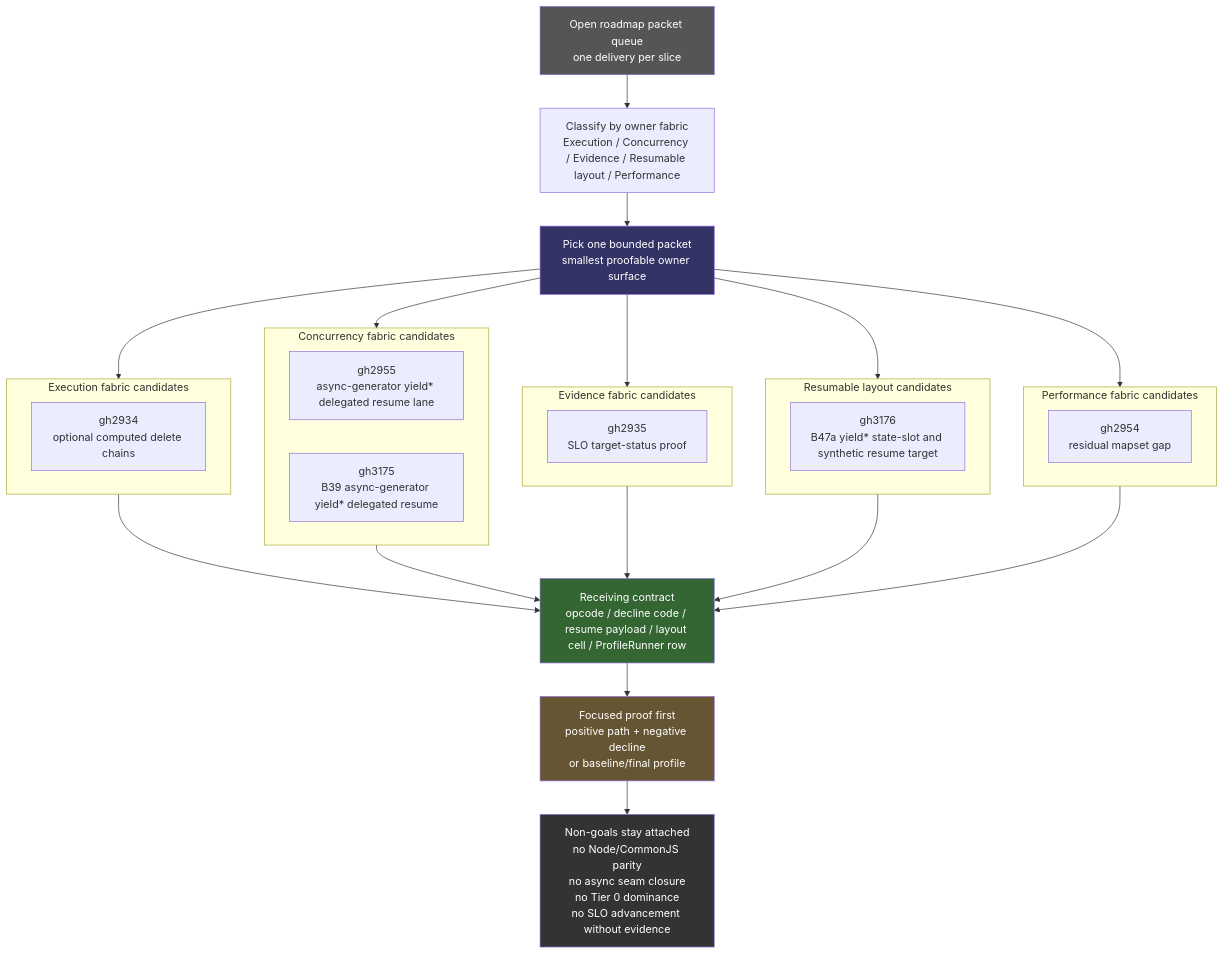
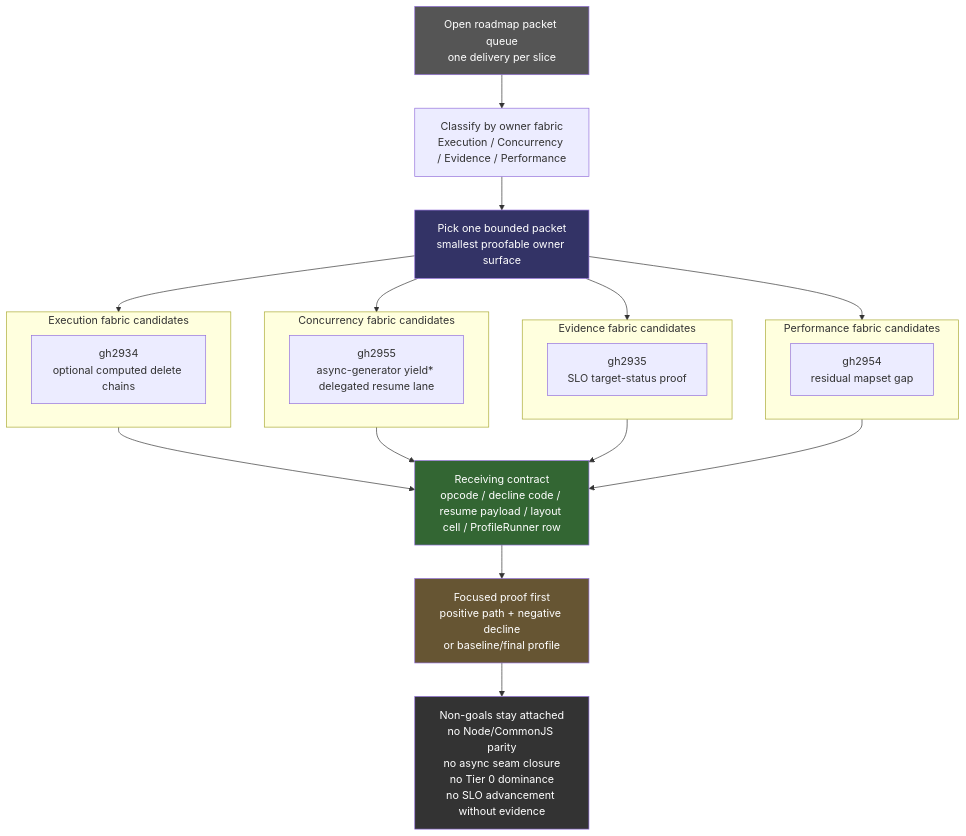
Before and after one commit to asynkron/Asynkron.JsEngine: diagram 35 of 37 in docs/dreaming.md, drawn with Mermaid. The commit also changed other lines of this file, not shown here.

````diff
--- a/docs/dreaming.md
+++ b/docs/dreaming.md
@@ -1343,50 +1343,43 @@
 ```mermaid
 flowchart TD
     QUEUE["Open roadmap packet queue\none delivery per slice"]
-    CLASSIFY["Classify by owner fabric\nExecution / Concurrency / Evidence / Resumable layout / Performance"]
+    CLASSIFY["Classify by owner fabric\nExecution / Concurrency / Evidence / Performance"]
     PICK["Pick one bounded packet\nsmallest proofable owner surface"]
 
     subgraph Execution["Execution fabric candidates"]
         G2934["gh2934\noptional computed delete chains"]
     end
 
     subgraph Concurrency["Concurrency fabric candidates"]
         G2955["gh2955\nasync-generator yield* delegated resume lane"]
-        G3175["gh3175\nB39 async-generator yield* delegated resume"]
     end
 
     subgraph Evidence["Evidence fabric candidates"]
         G2935["gh2935\nSLO target-status proof"]
-    end
-
-    subgraph Layout["Resumable layout candidates"]
-        G3176["gh3176\nB47a yield* state-slot and synthetic resume target"]
     end
 
     subgraph Perf["Performance fabric candidates"]
         G2954["gh2954\nresidual mapset gap"]
     end
 
     CONTRACT["Receiving contract\nopcode / decline code / resume payload / layout cell / ProfileRunner row"]
     PROOF["Focused proof first\npositive path + negative decline\nor baseline/final profile"]
     NONCLAIM["Non-goals stay attached\nno Node/CommonJS parity\nno async seam closure\nno Tier 0 dominance\nno SLO advancement without evidence"]
 
     QUEUE --> CLASSIFY --> PICK
     PICK --> Execution
     PICK --> Concurrency
     PICK --> Evidence
-    PICK --> Layout
     PICK --> Perf
     Execution --> CONTRACT
     Concurrency --> CONTRACT
     Evidence --> CONTRACT
-    Layout --> CONTRACT
     Perf --> CONTRACT
     CONTRACT --> PROOF --> NONCLAIM
 
     style QUEUE fill:#555,color:#fff
     style PICK fill:#336,color:#fff
     style CONTRACT fill:#363,color:#fff
     style PROOF fill:#653,color:#fff
     style NONCLAIM fill:#333,color:#fff
 ```
````
